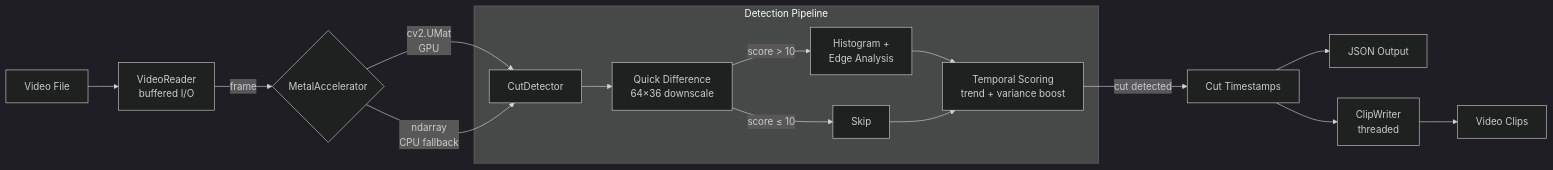
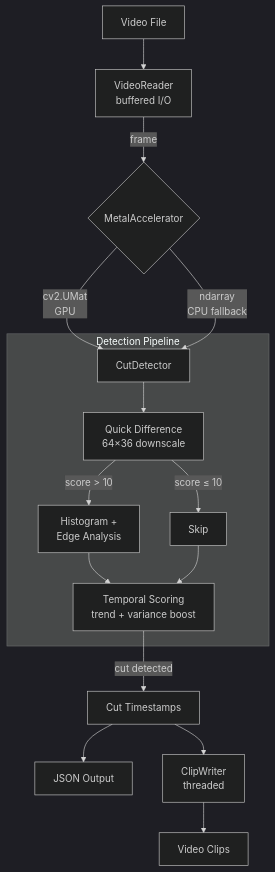
Before and after one commit to joaodotwork/metalcut: the diagram in README.md, drawn with Mermaid (dark theme). The commit also changed 1 other file, not shown here.

Commit message:
Fix mermaid diagram: vertical layout and proper multiline labels

````diff
--- a/README.md
+++ b/README.md
@@ -20,20 +20,27 @@
 ```mermaid
-flowchart LR
-    Video[Video File] --> Reader[VideoReader\nbuffered I/O]
+flowchart TD
+    Video[Video File] --> Reader["VideoReader
+    buffered I/O"]
     Reader --> |frame| Accel{MetalAccelerator}
-    Accel --> |cv2.UMat\nGPU| Detect[CutDetector]
-    Accel --> |ndarray\nCPU fallback| Detect
+    Accel --> |"cv2.UMat
+    GPU"| Detect[CutDetector]
+    Accel --> |"ndarray
+    CPU fallback"| Detect
 
     subgraph Detection Pipeline
-        Detect --> Quick[Quick Difference\n64×36 downscale]
-        Quick --> |score > 10| Detailed[Histogram +\nEdge Analysis]
-        Quick --> |score ≤ 10| Skip[Skip]
-        Detailed --> Temporal[Temporal Scoring\ntrend + variance boost]
+        Detect --> Quick["Quick Difference
+        64×36 downscale"]
+        Quick --> |"score > 10"| Detailed["Histogram +
+        Edge Analysis"]
+        Quick --> |"score ≤ 10"| Skip[Skip]
+        Detailed --> Temporal["Temporal Scoring
+        trend + variance boost"]
         Skip --> Temporal
     end
 
     Temporal --> |cut detected| Cuts[Cut Timestamps]
     Cuts --> JSON[JSON Output]
-    Cuts --> Writer[ClipWriter\nthreaded]
+    Cuts --> Writer["ClipWriter
+    threaded"]
     Writer --> Clips[Video Clips]
 ```
````
